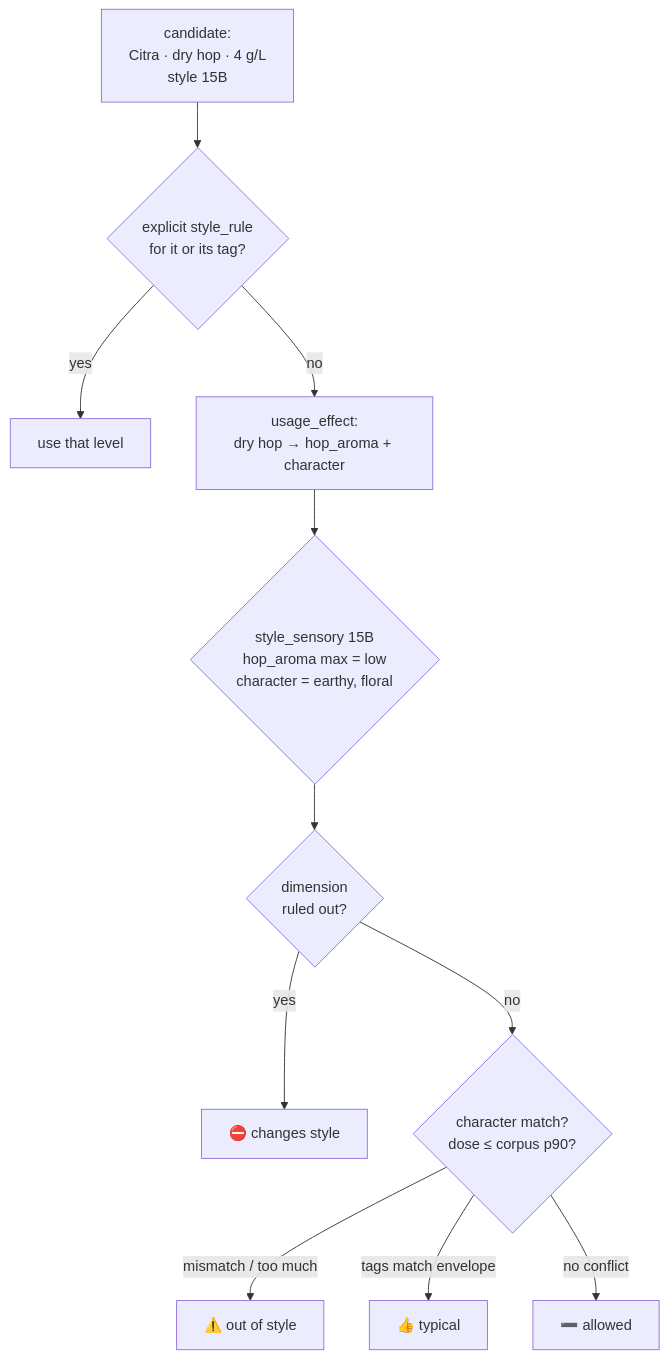
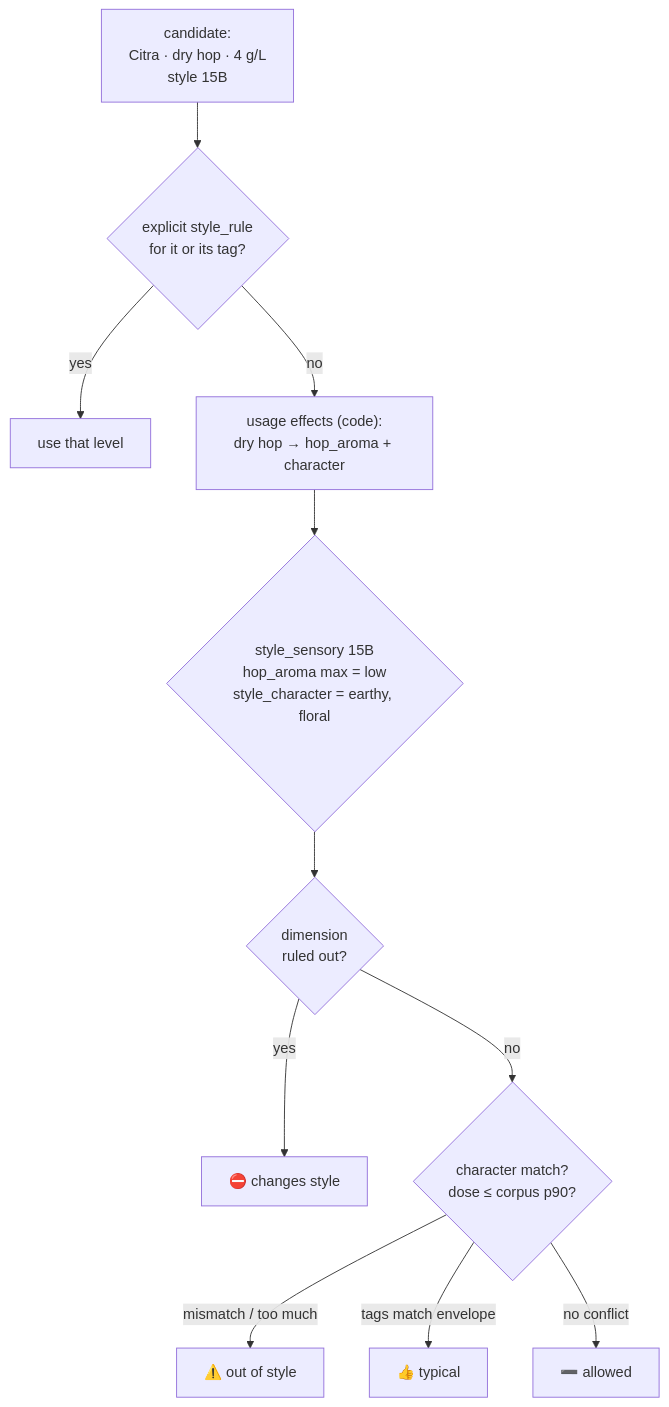
Before and after one commit to badacsonyigorenyember/homebrew_ai: the third of 4 diagrams in docs/DATABASE.md, drawn with Mermaid. The commit also changed other lines of this file and 8 other files, not shown here.

````diff
--- a/docs/DATABASE.md
+++ b/docs/DATABASE.md
@@ -167,13 +220,13 @@
 ```mermaid
 flowchart TD
     A["candidate:<br/>Citra · dry hop · 4 g/L<br/>style 15B"] --> B{"explicit style_rule<br/>for it or its tag?"}
     B -- yes --> Z["use that level"]
-    B -- no --> C["usage_effect:<br/>dry hop → hop_aroma + character"]
-    C --> D{"style_sensory 15B<br/>hop_aroma max = low<br/>character = earthy, floral"}
+    B -- no --> C["usage effects (code):<br/>dry hop → hop_aroma + character"]
+    C --> D{"style_sensory 15B<br/>hop_aroma max = low<br/>style_character = earthy, floral"}
     D --> E{"dimension<br/>ruled out?"}
     E -- yes --> F["⛔ changes style"]
     E -- no --> G{"character match?<br/>dose ≤ corpus p90?"}
     G -- "mismatch / too much" --> H["⚠️ out of style"]
     G -- "tags match envelope" --> I["👍 typical"]
     G -- "no conflict" --> J["➖ allowed"]
 ```
````
